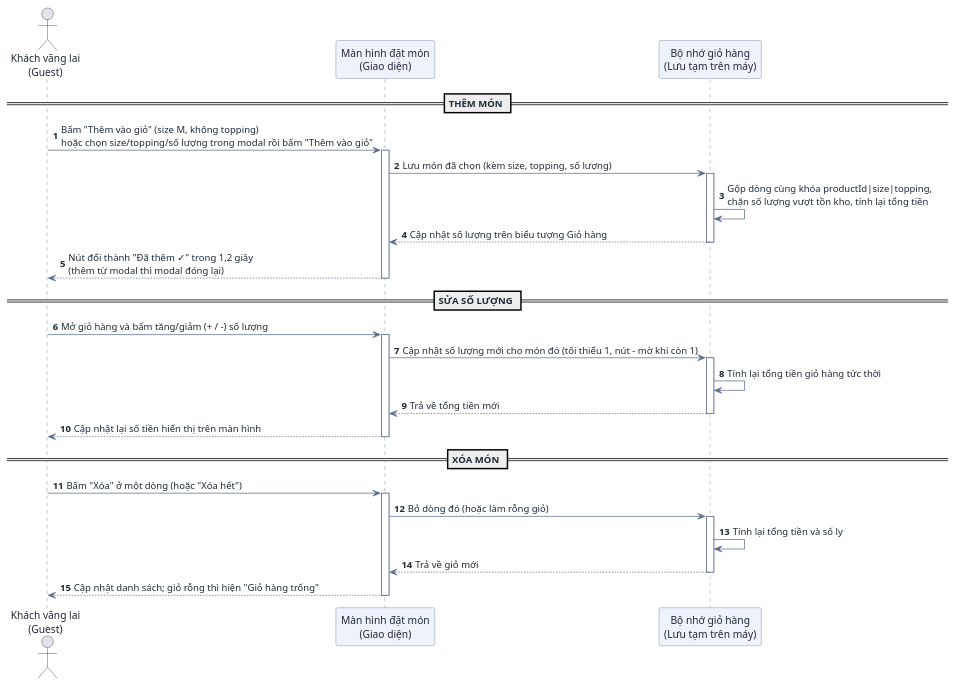
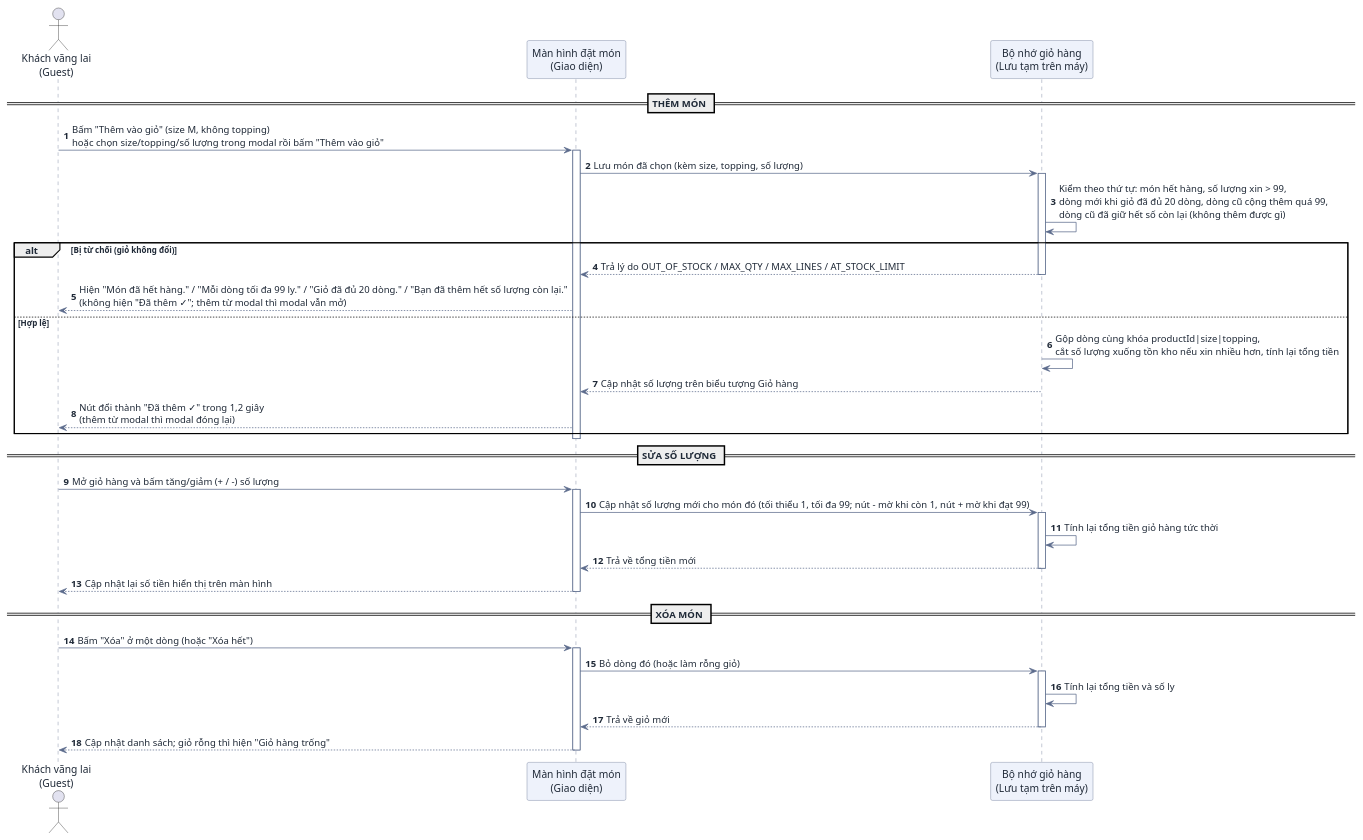
One commit to DuVinhLoi/BrewLite changed the second of 9 diagrams in docs/user-sequence-specifications.md. Above: the diagram before and after it, drawn with PlantUML. The commit also changed other lines of this file and 62 other files, not shown here.

````diff
--- a/docs/user-sequence-specifications.md
+++ b/docs/user-sequence-specifications.md
@@ -156,49 +156,55 @@
 ```plantuml
 @startuml
 skinparam DefaultFontColor #1f2937
 skinparam ArrowColor #5b6b8c
 skinparam SequenceParticipantBackgroundColor #eef2fb
 skinparam SequenceParticipantBorderColor #5b6b8c
 skinparam SequenceLifeLineBorderColor #5b6b8c
 
 autonumber
 actor "Khách vãng lai\n(Guest)" as User
 participant "Màn hình đặt món\n(Giao diện)" as UI
 participant "Bộ nhớ giỏ hàng\n(Lưu tạm trên máy)" as Cart
 
 == THÊM MÓN ==
 User -> UI : Bấm "Thêm vào giỏ" (size M, không topping)\nhoặc chọn size/topping/số lượng trong modal rồi bấm "Thêm vào giỏ"
 activate UI
 UI -> Cart : Lưu món đã chọn (kèm size, topping, số lượng)
 activate Cart
 
-Cart -> Cart : Gộp dòng cùng khóa productId|size|topping,\nchặn số lượng vượt tồn kho, tính lại tổng tiền
+Cart -> Cart : Kiểm theo thứ tự: món hết hàng, số lượng xin > 99,\ndòng mới khi giỏ đã đủ 20 dòng, dòng cũ cộng thêm quá 99,\ndòng cũ đã giữ hết số còn lại (không thêm được gì)
+alt Bị từ chối (giỏ không đổi)
+Cart --> UI : Trả lý do OUT_OF_STOCK / MAX_QTY / MAX_LINES / AT_STOCK_LIMIT
+deactivate Cart
+UI --> User : Hiện "Món đã hết hàng." / "Mỗi dòng tối đa 99 ly." / "Giỏ đã đủ 20 dòng." / "Bạn đã thêm hết số lượng còn lại."\n(không hiện "Đã thêm ✓"; thêm từ modal thì modal vẫn mở)
+else Hợp lệ
+Cart -> Cart : Gộp dòng cùng khóa productId|size|topping,\ncắt số lượng xuống tồn kho nếu xin nhiều hơn, tính lại tổng tiền
 Cart --> UI : Cập nhật số lượng trên biểu tượng Giỏ hàng
 deactivate Cart
-
 UI --> User : Nút đổi thành "Đã thêm ✓" trong 1,2 giây\n(thêm từ modal thì modal đóng lại)
+end
 deactivate UI
 
 == SỬA SỐ LƯỢNG ==
 User -> UI : Mở giỏ hàng và bấm tăng/giảm (+ / -) số lượng
 activate UI
-UI -> Cart : Cập nhật số lượng mới cho món đó (tối thiểu 1, nút - mờ khi còn 1)
+UI -> Cart : Cập nhật số lượng mới cho món đó (tối thiểu 1, tối đa 99; nút - mờ khi còn 1, nút + mờ khi đạt 99)
 activate Cart
 Cart -> Cart : Tính lại tổng tiền giỏ hàng tức thời
 Cart --> UI : Trả về tổng tiền mới
 deactivate Cart
 UI --> User : Cập nhật lại số tiền hiển thị trên màn hình
 deactivate UI
 
 == XÓA MÓN ==
 User -> UI : Bấm "Xóa" ở một dòng (hoặc "Xóa hết")
 activate UI
 UI -> Cart : Bỏ dòng đó (hoặc làm rỗng giỏ)
 activate Cart
 Cart -> Cart : Tính lại tổng tiền và số ly
 Cart --> UI : Trả về giỏ mới
 deactivate Cart
 UI --> User : Cập nhật danh sách; giỏ rỗng thì hiện "Giỏ hàng trống"
 deactivate UI
 @enduml
 ```
````
